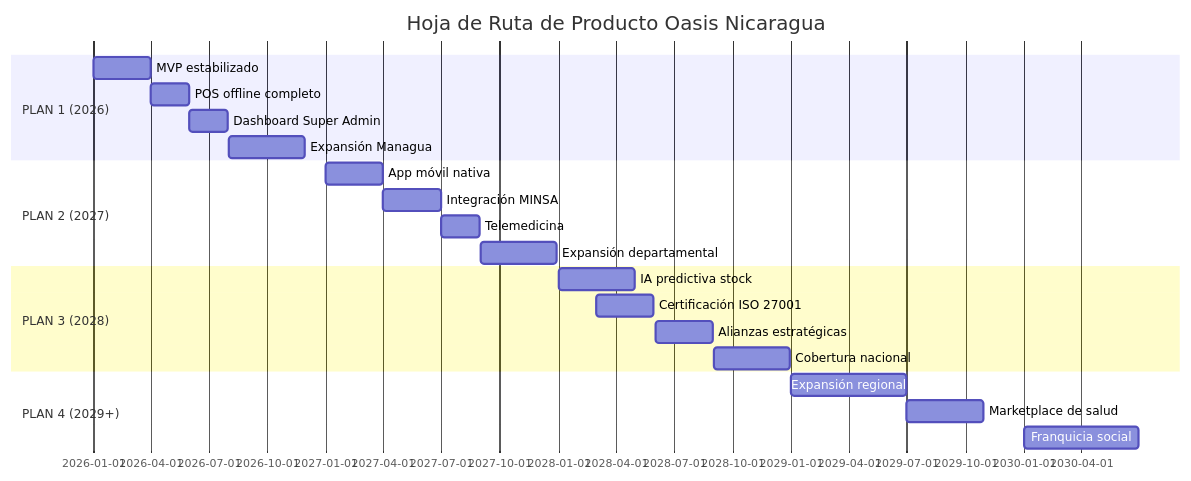
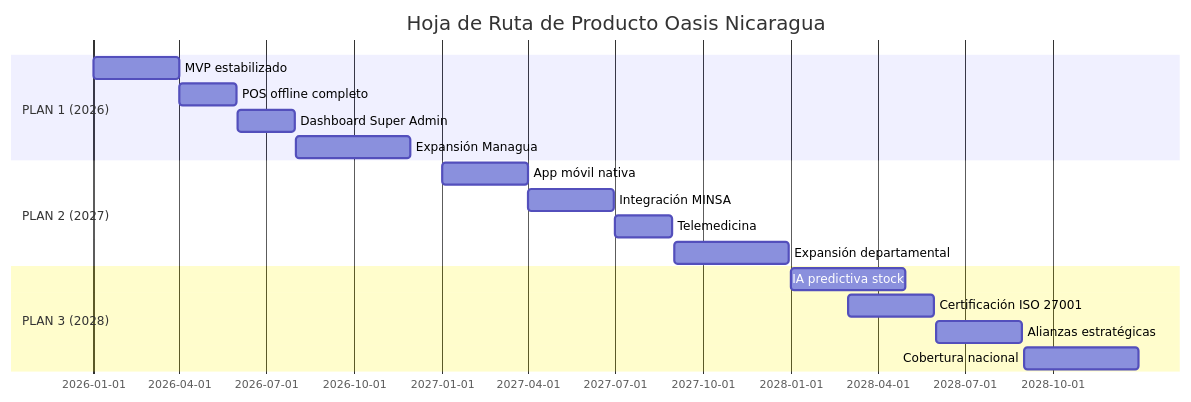
Before and after one commit to FlasheyEstudi/Oasis-Liquido: the sixth of 6 diagrams in README.md, drawn with Mermaid. The commit also changed other lines of this file and 38 other files, not shown here.

````diff
--- a/README.md
+++ b/README.md
@@ -642,28 +490,23 @@
 ```mermaid
 gantt
     title Hoja de Ruta de Producto Oasis Nicaragua
     dateFormat YYYY-MM-DD
     
     section PLAN 1 (2026)
     MVP estabilizado           :2026-01-01, 90d
     POS offline completo       :2026-04-01, 60d
     Dashboard Super Admin      :2026-06-01, 60d
     Expansión Managua          :2026-08-01, 120d
     
     section PLAN 2 (2027)
     App móvil nativa           :2027-01-01, 90d
     Integración MINSA          :2027-04-01, 90d
     Telemedicina               :2027-07-01, 60d
     Expansión departamental    :2027-09-01, 120d
     
     section PLAN 3 (2028)
     IA predictiva stock        :2028-01-01, 120d
     Certificación ISO 27001    :2028-03-01, 90d
     Alianzas estratégicas      :2028-06-01, 90d
     Cobertura nacional         :2028-09-01, 120d
-    
-    section PLAN 4 (2029+)
-    Expansión regional         :2029-01-01, 180d
-    Marketplace de salud       :2029-07-01, 120d
-    Franquicia social          :2030-01-01, 180d
 ```
````
